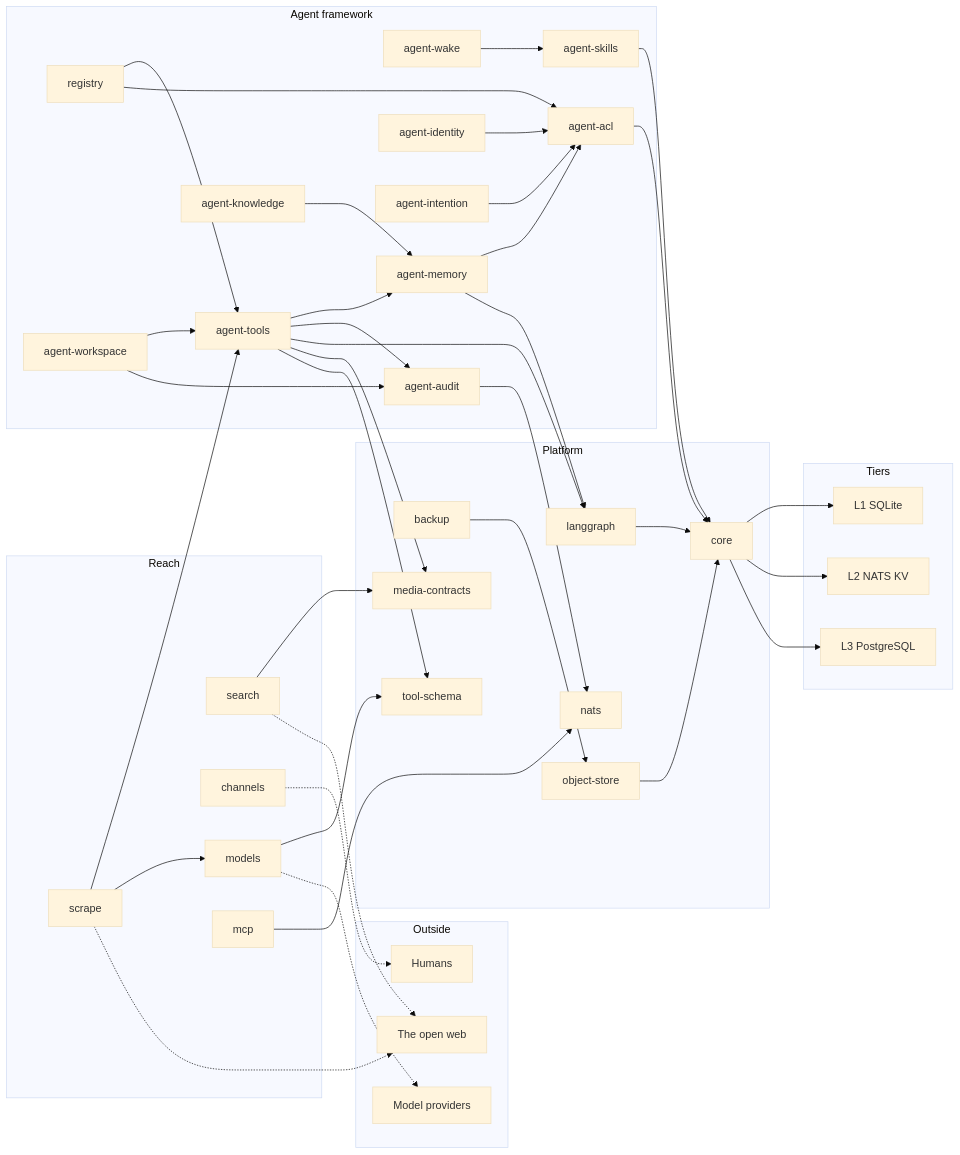
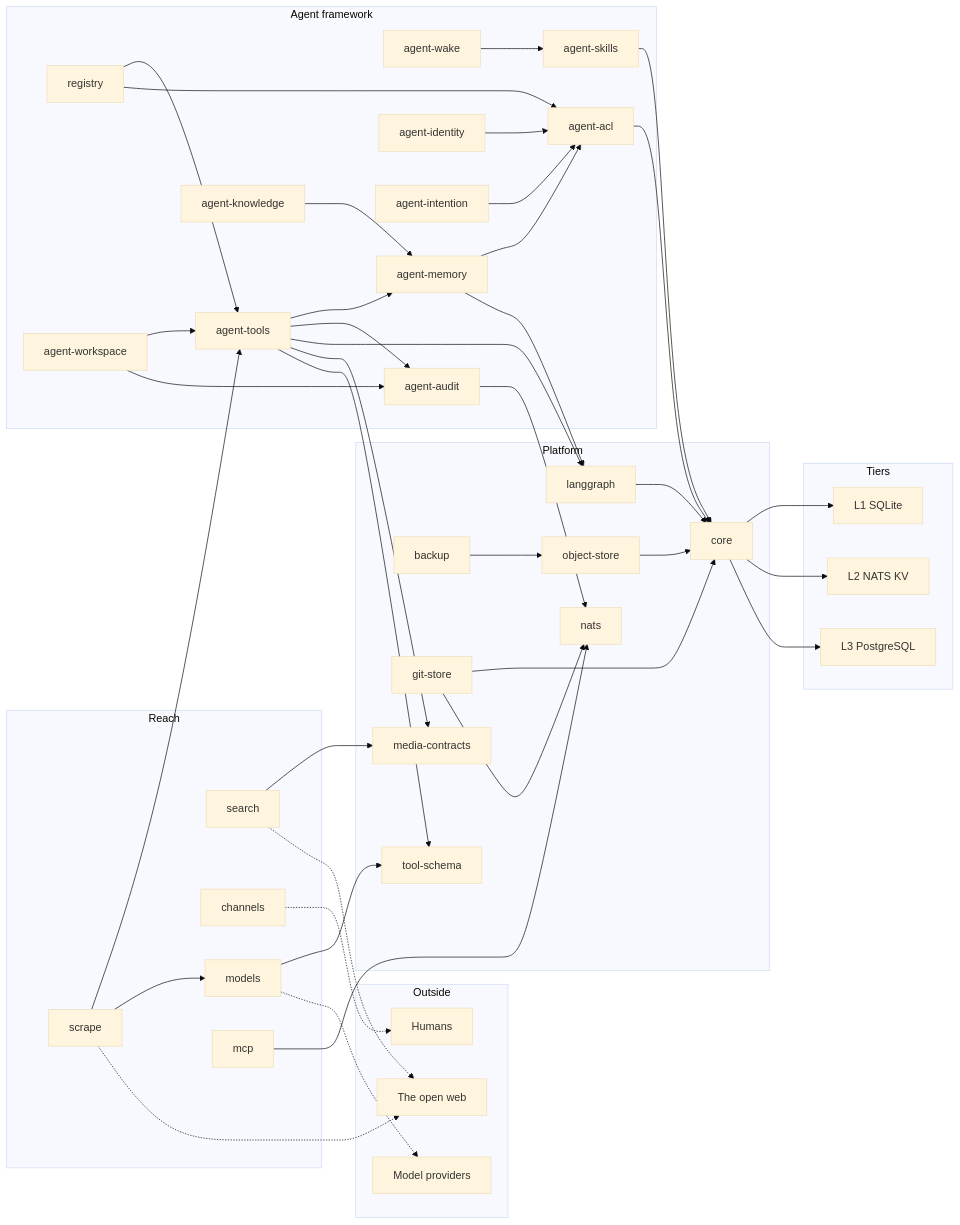
One commit to pacepace/3tears changed the diagram in README.md. Above: the diagram before and after it, drawn with Mermaid (base theme). The commit also changed other lines of this file and 6 other files, not shown here.

Commit message:
Register 3tears-git-store: README, CHANGELOG, mypy and typecheck targets, the CI integration run, its two NATS receivers placed and its forward handler's open sender-posture row

```diff
--- a/README.md
+++ b/README.md
@@ -244,6 +245,7 @@
         LG[langgraph]
         BACK[backup]
         OBJ[object-store]
+        GIT[git-store]
         CORE[core]
         NATS[nats]
         MEDIA[media-contracts]
@@ -281,6 +283,8 @@
     MCP --> NATS
     BACK --> OBJ
     OBJ --> CORE
+    GIT --> CORE
+    GIT --> NATS
     SEARCH --> MEDIA
     CORE --> L1
     CORE --> L2
```
